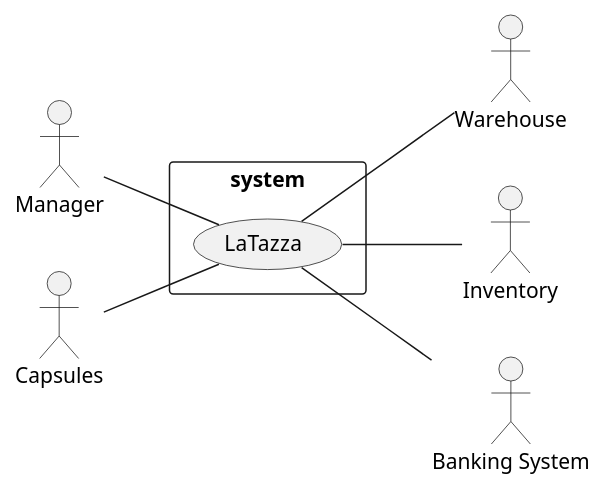
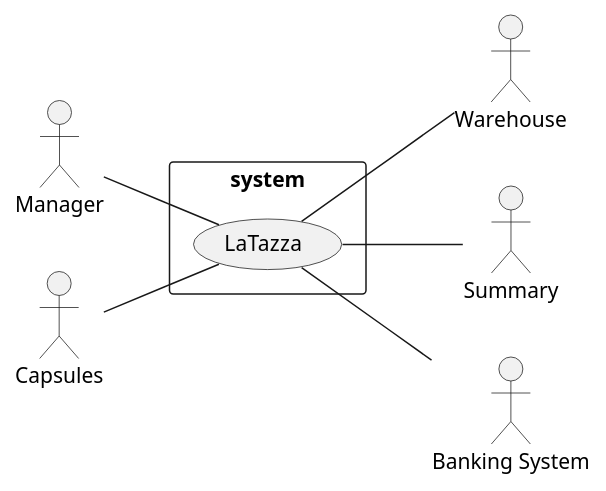
One commit to DarkSee/LaTazza changed the first of 3 diagrams in templates/RequirementsTemplate.md. Above: the diagram before and after it, drawn with PlantUML. The commit also changed other lines of this file, not shown here.

Commit message:
1st version of UC Diagram, updated "Inventory" in "Summary"

````diff
--- a/templates/RequirementsTemplate.md
+++ b/templates/RequirementsTemplate.md
@@ -47,19 +47,19 @@
 ```plantuml
 left to right direction
 skinparam packageStyle rectangle
 
 actor Manager as M
 actor Warehouse as W
-actor Inventory as I
+actor Summary as S
 actor "Banking System" as BS
 actor "Capsules" as C
 
 rectangle system {
   (LaTazza) as LT
    M -- LT
-   LT -- I
+   LT -- S
    LT -- W
    LT -- BS
    C -- LT  
 }
 ```
````
